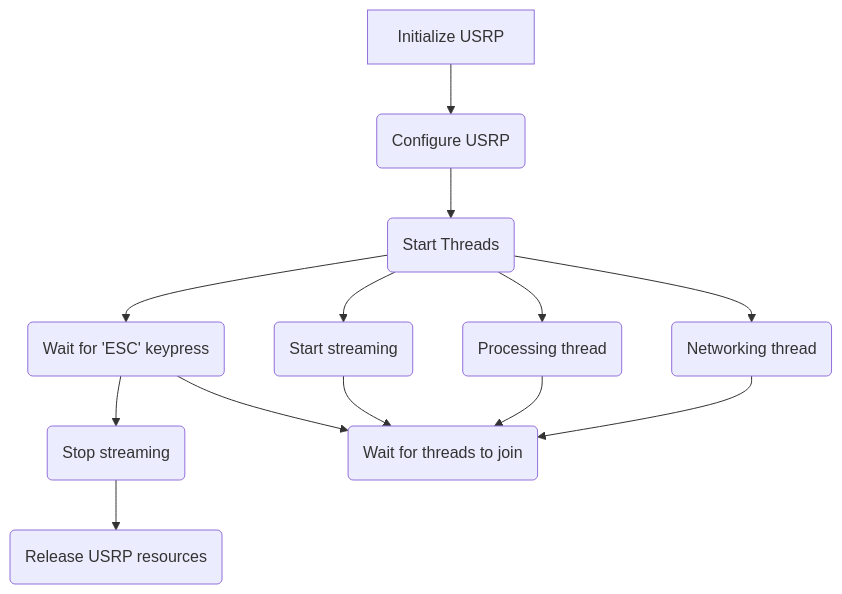
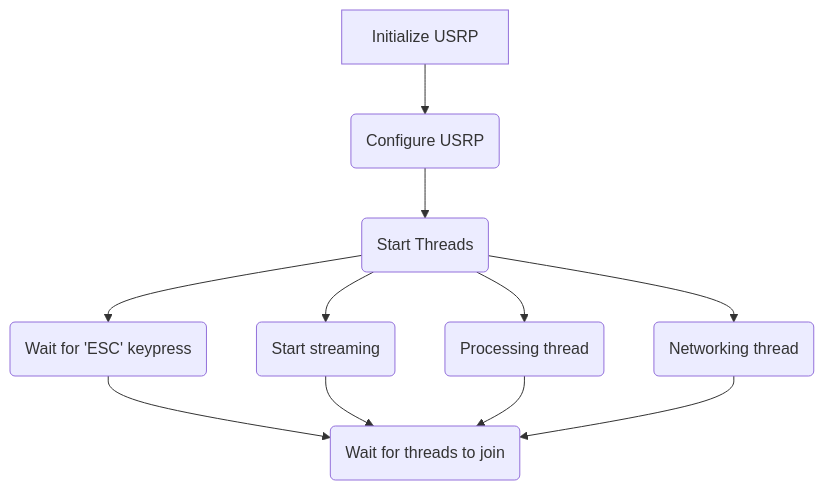
The diagram in dsp/src/README.md (joey-public/WES207CapstoneProject), drawn with Mermaid before and after one commit.

````diff
--- a/dsp/src/README.md
+++ b/dsp/src/README.md
@@ -18,15 +18,13 @@
 ```mermaid
 graph TD
 A[Initialize USRP] --> B(Configure USRP)
 B --> C(Start Threads)
 C --> D(Wait for 'ESC' keypress)
-D --> E(Stop streaming)
-E --> F(Release USRP resources)
 C --> G(Start streaming)
 C --> H(Processing thread)
 C --> I(Networking thread)
 D --> J(Wait for threads to join)
 G --> J
 H --> J
 I --> J
 ```
````
